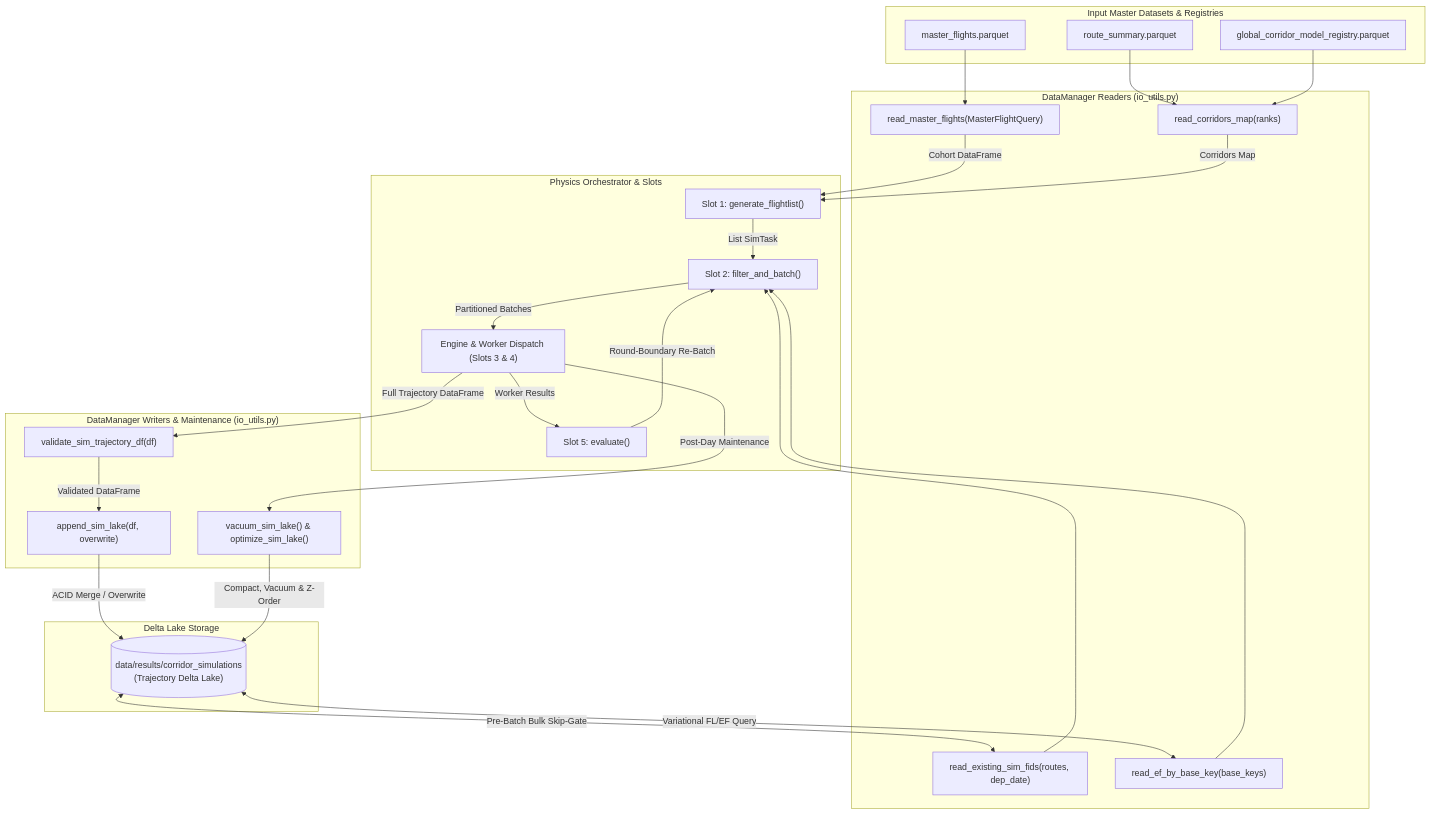
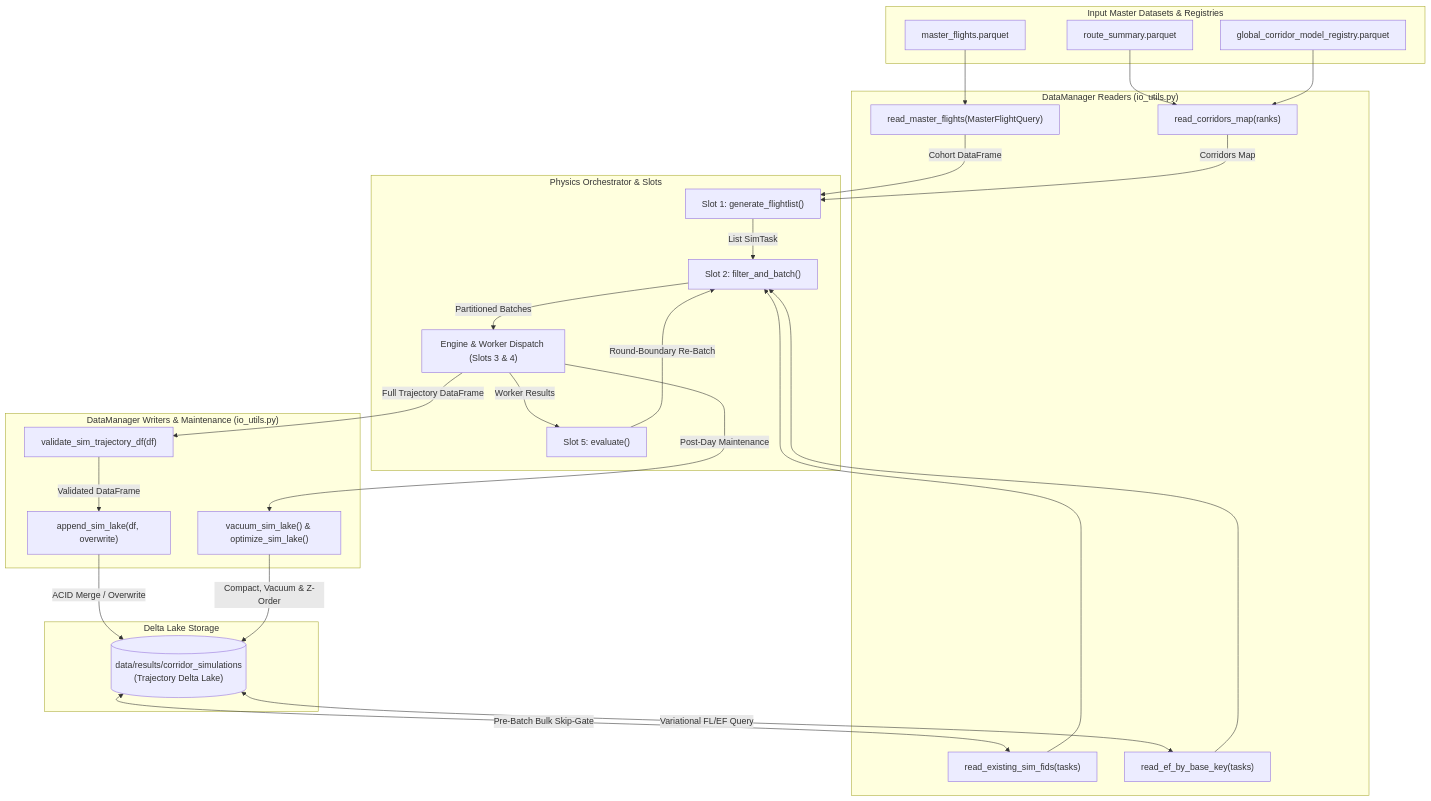
Before and after one commit to Bauzement123/flight-physics-pipeline: the first of 3 diagrams in src/data_manager/README.md, drawn with Mermaid. The commit also changed other lines of this file and 6 other files, not shown here.

````diff
--- a/src/data_manager/README.md
+++ b/src/data_manager/README.md
@@ -113,50 +132,50 @@
 ```mermaid
 flowchart TD
     subgraph Inputs ["Input Master Datasets & Registries"]
         A1["master_flights.parquet"]
         A2["route_summary.parquet"]
         A3["global_corridor_model_registry.parquet"]
     end
 
     subgraph DataManager_Read ["DataManager Readers (io_utils.py)"]
         B1["read_master_flights(MasterFlightQuery)"]
         B2["read_corridors_map(ranks)"]
-        B3["read_existing_sim_fids(routes, dep_date)"]
-        B4["read_ef_by_base_key(base_keys)"]
+        B3["read_existing_sim_fids(tasks)"]
+        B4["read_ef_by_base_key(tasks)"]
     end
 
     subgraph Orchestrator ["Physics Orchestrator & Slots"]
         C1["Slot 1: generate_flightlist()"]
         C2["Slot 2: filter_and_batch()"]
         C3["Engine & Worker Dispatch (Slots 3 & 4)"]
         C4["Slot 5: evaluate()"]
     end
 
     subgraph DataManager_Write ["DataManager Writers & Maintenance (io_utils.py)"]
         D1["validate_sim_trajectory_df(df)"]
         D2["append_sim_lake(df, overwrite)"]
         D3["vacuum_sim_lake() & optimize_sim_lake()"]
     end
 
     subgraph Storage ["Delta Lake Storage"]
         E1[("data/results/corridor_simulations
 (Trajectory Delta Lake)")]
     end
 
     A1 --> B1
     A2 & A3 --> B2
     B1 -->|Cohort DataFrame| C1
     B2 -->|Corridors Map| C1
     C1 -->|List SimTask| C2
     E1 <-->|Pre-Batch Bulk Skip-Gate| B3
     E1 <-->|Variational FL/EF Query| B4
     B3 & B4 --> C2
     C2 -->|Partitioned Batches| C3
     C3 -->|Full Trajectory DataFrame| D1
     D1 -->|Validated DataFrame| D2
     D2 -->|ACID Merge / Overwrite| E1
     C3 -->|Worker Results| C4
     C4 -->|Round-Boundary Re-Batch| C2
     C3 -->|Post-Day Maintenance| D3
     D3 -->|Compact, Vacuum & Z-Order| E1
 ```
````
